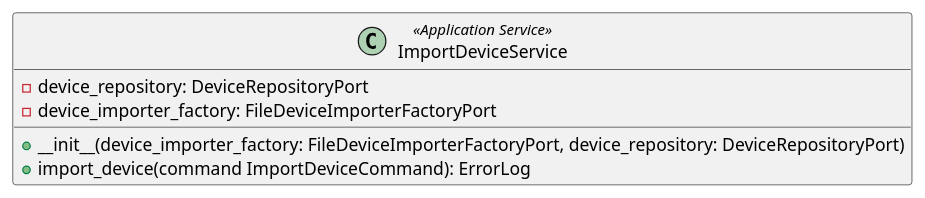
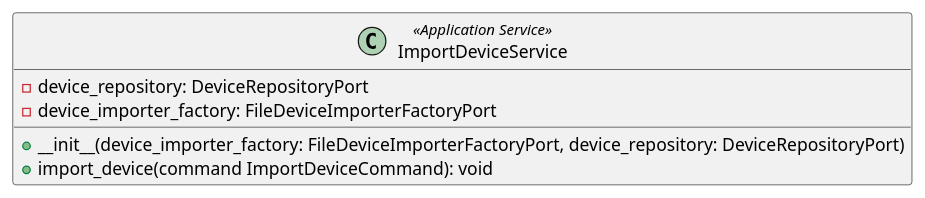
Before and after one commit to GroupRubberDuck/Documentazione: the diagram in src/PB/DocumentazioneEsterna/Specifica_Tecnica/content/uml/puml/Diagrammi_classi/Backend/ApplicationServices/ImportDeviceService.puml, drawn with PlantUML. The commit also changed 75 other files, not shown here.

Commit message:
Feat: applicate correzioni a tutti i diagrammi con le indicazioni di Cardin, riordino cartella

```diff
--- a/src/PB/DocumentazioneEsterna/Specifica_Tecnica/content/uml/puml/Diagrammi_classi/Backend/ApplicationServices/ImportDeviceService.puml
+++ b/src/PB/DocumentazioneEsterna/Specifica_Tecnica/content/uml/puml/Diagrammi_classi/Backend/ApplicationServices/ImportDeviceService.puml
@@ -1,10 +1,10 @@
 @startuml ImportDeviceService
 
 class ImportDeviceService <<Application Service>> {
     - device_repository: DeviceRepositoryPort
     - device_importer_factory: FileDeviceImporterFactoryPort
     + __init__(device_importer_factory: FileDeviceImporterFactoryPort, device_repository: DeviceRepositoryPort)
-    + import_device(command ImportDeviceCommand): ErrorLog
+    + import_device(command ImportDeviceCommand): void
 }
 
 @enduml
```
